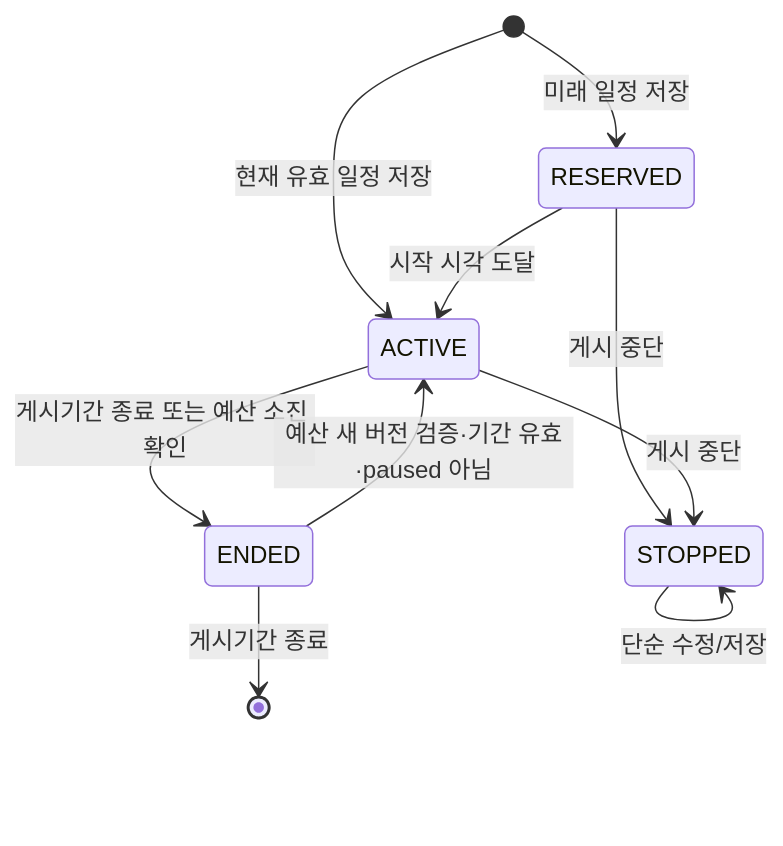
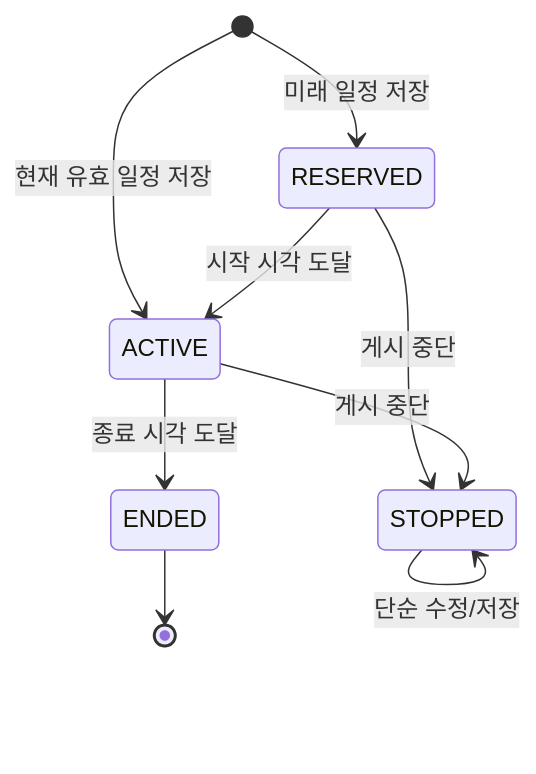
The sixth of 7 diagrams in docs/product/카페_음악_서비스_구현_설계도.md (encore-ai-campus/mlo-01-p3-team1), drawn with Mermaid before and after one commit. The commit also changed other lines of this file and 99 other files, not shown here.

````diff
--- a/docs/product/카페_음악_서비스_구현_설계도.md
+++ b/docs/product/카페_음악_서비스_구현_설계도.md
@@ -931,12 +883,11 @@
 ```mermaid
 stateDiagram-v2
     [*] --> RESERVED: 미래 일정 저장
     [*] --> ACTIVE: 현재 유효 일정 저장
     RESERVED --> ACTIVE: 시작 시각 도달
-    ACTIVE --> ENDED: 게시기간 종료 또는 예산 소진 확인
+    ACTIVE --> ENDED: 종료 시각 도달
     RESERVED --> STOPPED: 게시 중단
     ACTIVE --> STOPPED: 게시 중단
     STOPPED --> STOPPED: 단순 수정/저장
-    ENDED --> ACTIVE: 예산 새 버전 검증·기간 유효·paused 아님
-    ENDED --> [*]: 게시기간 종료
+    ENDED --> [*]
 ```
````
